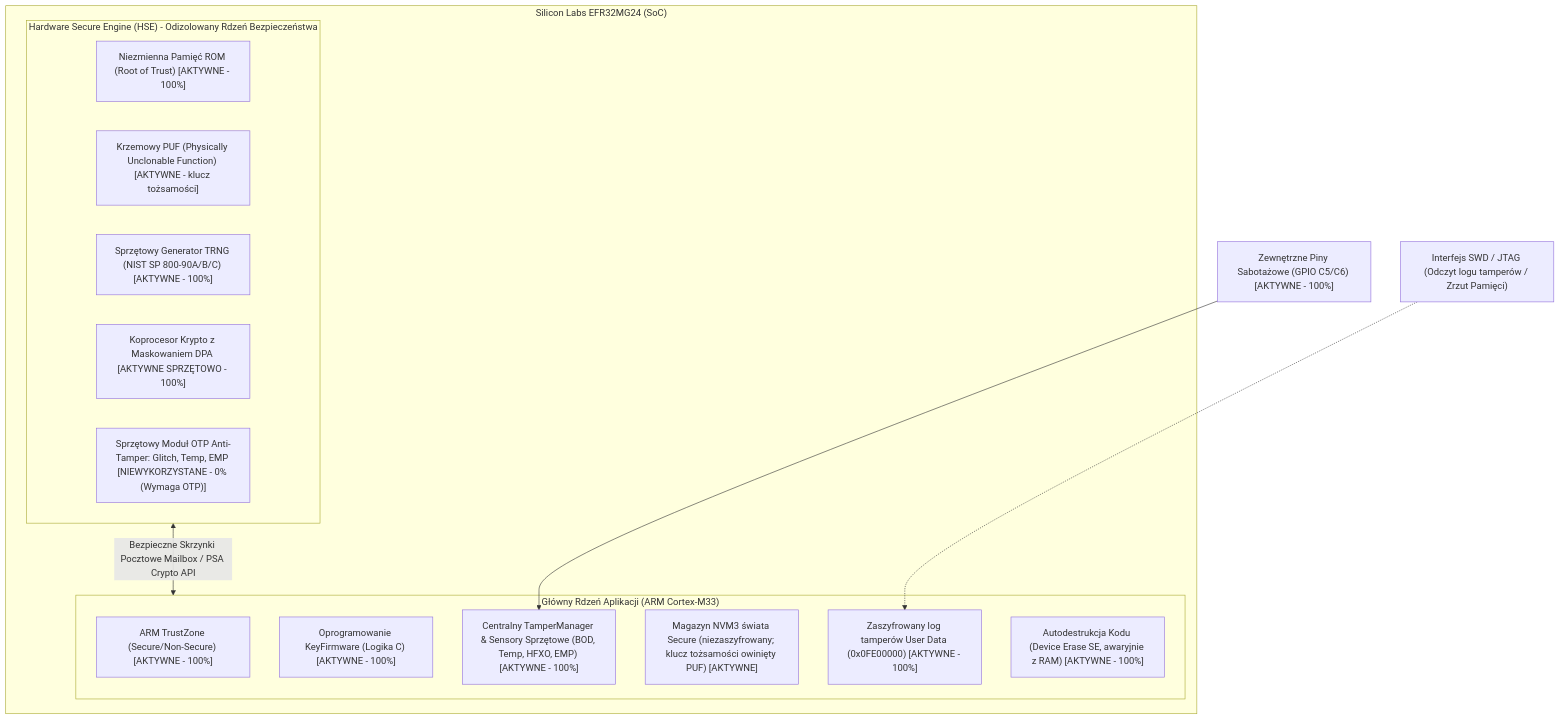
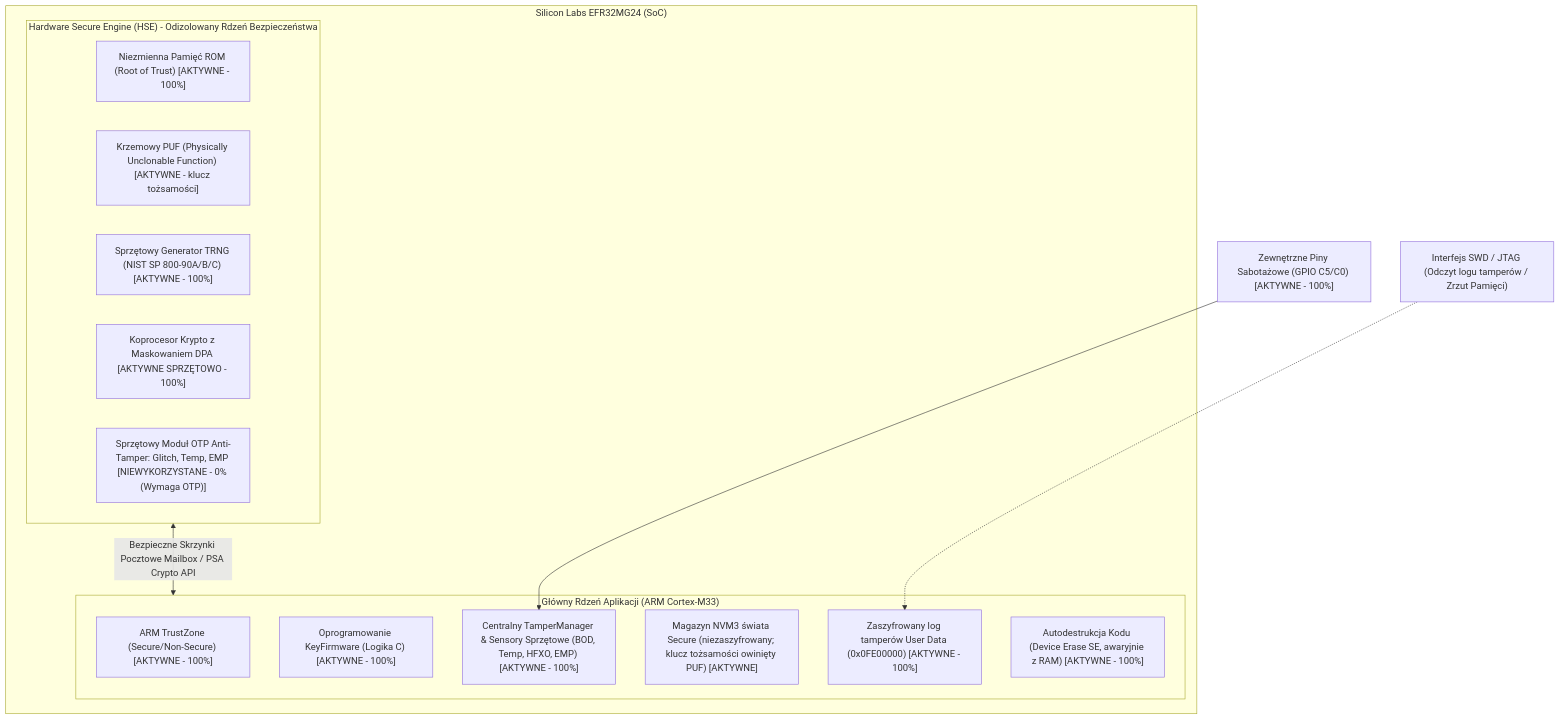
The first of 4 diagrams in docs/security/compass_security_mechanisms.md (michalkkkd/keyadmin), drawn with Mermaid before and after one commit. The commit also changed other lines of this file and 21 other files, not shown here.

````diff
--- a/docs/security/compass_security_mechanisms.md
+++ b/docs/security/compass_security_mechanisms.md
@@ -27,26 +27,26 @@
 ```mermaid
 flowchart TD
     subgraph EFR32MG24["Silicon Labs EFR32MG24 (SoC)"]
         subgraph HSE["Hardware Secure Engine (HSE) - Odizolowany Rdzeń Bezpieczeństwa"]
             ROM["Niezmienna Pamięć ROM (Root of Trust) [AKTYWNE - 100%]"]
             PUF["Krzemowy PUF (Physically Unclonable Function) [AKTYWNE - klucz tożsamości]"]
             TRNG["Sprzętowy Generator TRNG (NIST SP 800-90A/B/C) [AKTYWNE - 100%]"]
             DPA["Koprocesor Krypto z Maskowaniem DPA [AKTYWNE SPRZĘTOWO - 100%]"]
             AT_MOD["Sprzętowy Moduł OTP Anti-Tamper: Glitch, Temp, EMP [NIEWYKORZYSTANE - 0% (Wymaga OTP)]"]
         end
 
         subgraph APP_CORE["Główny Rdzeń Aplikacji (ARM Cortex-M33)"]
             TZ["ARM TrustZone (Secure/Non-Secure) [AKTYWNE - 100%]"]
             FW["Oprogramowanie KeyFirmware (Logika C) [AKTYWNE - 100%]"]
             TM["Centralny TamperManager & Sensory Sprzętowe (BOD, Temp, HFXO, EMP) [AKTYWNE - 100%]"]
             NVM3["Magazyn NVM3 świata Secure (niezaszyfrowany; klucz tożsamości owinięty PUF) [AKTYWNE]"]
             BB["Zaszyfrowany log tamperów User Data (0x0FE00000) [AKTYWNE - 100%]"]
             RAM_WIPE["Autodestrukcja Kodu (Device Erase SE, awaryjnie z RAM) [AKTYWNE - 100%]"]
         end
 
         HSE <-->|Bezpieczne Skrzynki Pocztowe Mailbox / PSA Crypto API| APP_CORE
     end
 
-    EXT_PINS["Zewnętrzne Piny Sabotażowe (GPIO C5/C6) [AKTYWNE - 100%]"] --> TM
+    EXT_PINS["Zewnętrzne Piny Sabotażowe (GPIO C5/C0) [AKTYWNE - 100%]"] --> TM
     EXT_DEBUG["Interfejs SWD / JTAG (Odczyt logu tamperów / Zrzut Pamięci)"] -.-> BB
 ```
````
